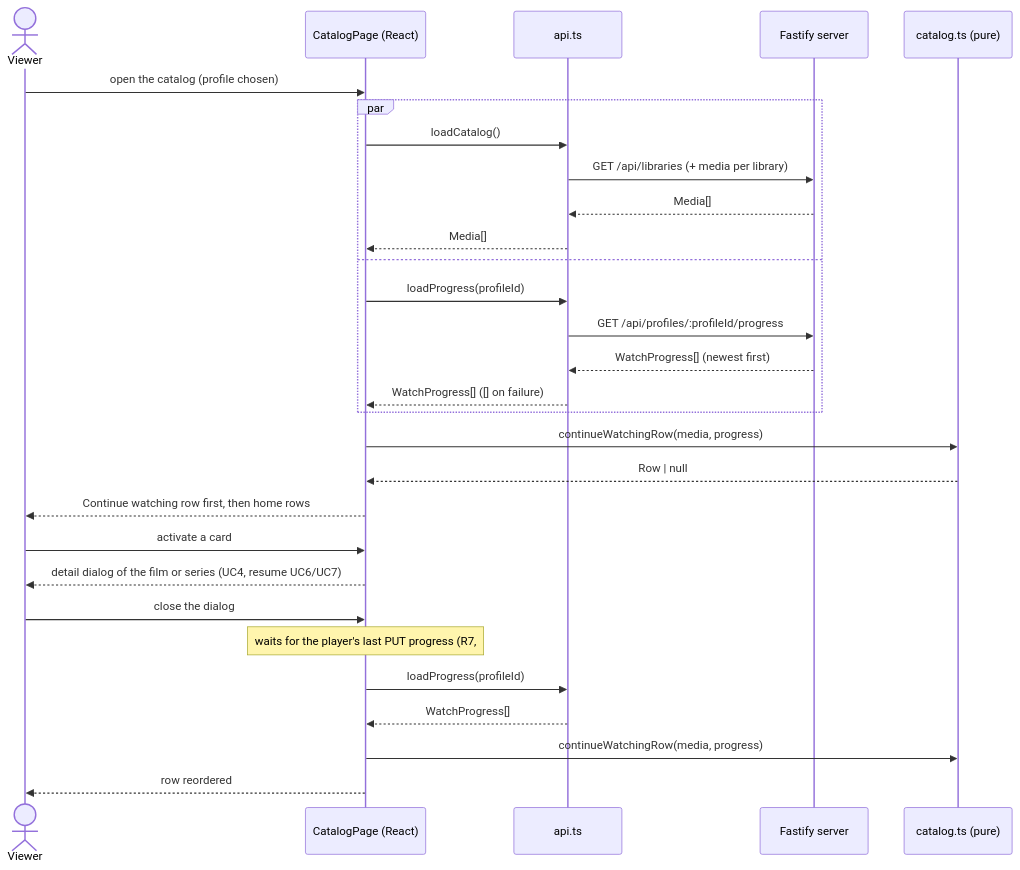
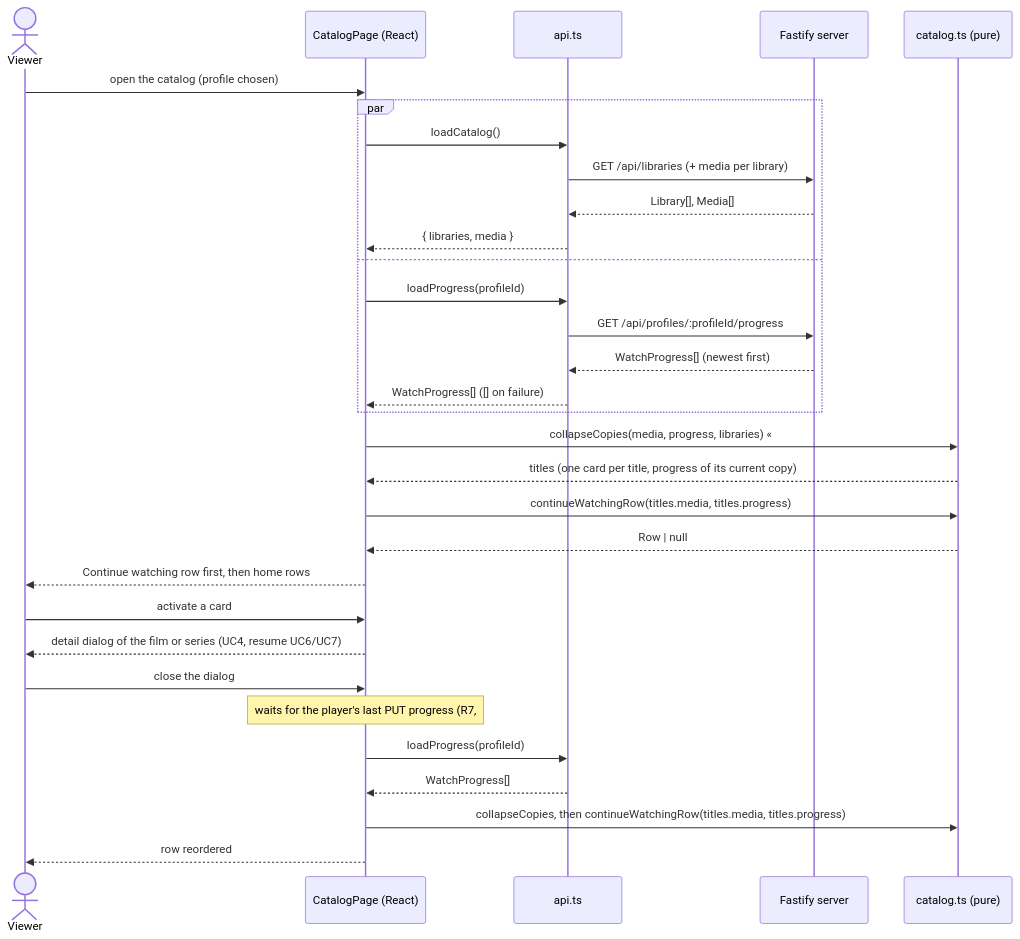
The diagram in docs/architecture/diagrams/catalog/06-sequence-continue-watching.md (benoit-bremaud/popcorntv), drawn with Mermaid before and after one commit. The commit also changed 18 other files, not shown here.

First line of the commit message:
feat(catalog): collapse the same title found in two libraries (#251)

````diff
--- a/docs/architecture/diagrams/catalog/06-sequence-continue-watching.md
+++ b/docs/architecture/diagrams/catalog/06-sequence-continue-watching.md
@@ -8,32 +8,34 @@
 ```mermaid
 sequenceDiagram
   actor Viewer
   participant Page as CatalogPage (React)
   participant Api as api.ts
   participant Server as Fastify server
   participant Cat as catalog.ts (pure)
 
   Viewer->>Page: open the catalog (profile chosen)
   par
     Page->>Api: loadCatalog()
     Api->>Server: GET /api/libraries (+ media per library)
-    Server-->>Api: Media[]
-    Api-->>Page: Media[]
+    Server-->>Api: Library[], Media[]
+    Api-->>Page: { libraries, media }
   and
     Page->>Api: loadProgress(profileId)
     Api->>Server: GET /api/profiles/:profileId/progress
     Server-->>Api: WatchProgress[] (newest first)
     Api-->>Page: WatchProgress[] ([] on failure)
   end
-  Page->>Cat: continueWatchingRow(media, progress)
+  Page->>Cat: collapseCopies(media, progress, libraries) «#176»
+  Cat-->>Page: titles (one card per title, progress of its current copy)
+  Page->>Cat: continueWatchingRow(titles.media, titles.progress)
   Cat-->>Page: Row | null
   Page-->>Viewer: Continue watching row first, then home rows
   Viewer->>Page: activate a card
   Page-->>Viewer: detail dialog of the film or series (UC4, resume UC6/UC7)
   Viewer->>Page: close the dialog
   Note over Page: waits for the player's last PUT progress (R7, #140)
   Page->>Api: loadProgress(profileId)
   Api-->>Page: WatchProgress[]
-  Page->>Cat: continueWatchingRow(media, progress)
+  Page->>Cat: collapseCopies, then continueWatchingRow(titles.media, titles.progress)
   Page-->>Viewer: row reordered
 ```
````
